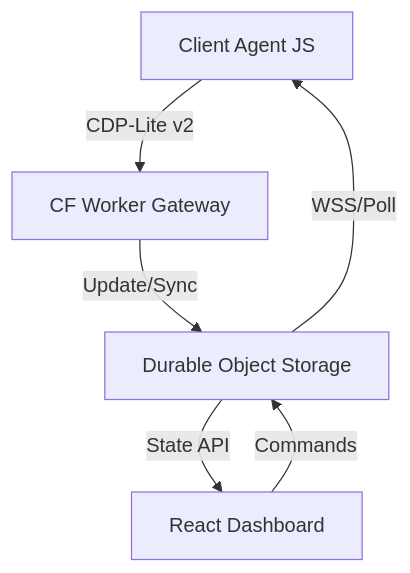
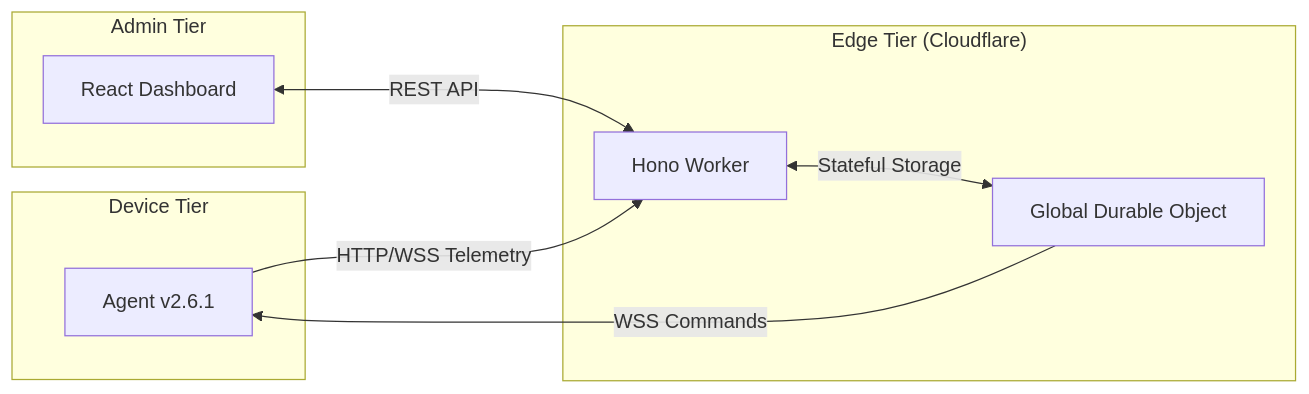
The diagram in ARCHITECTURE.md (benneberg/insidr-management), drawn with Mermaid before and after one commit. The commit also changed other lines of this file and 6 other files, not shown here.

````diff
--- a/ARCHITECTURE.md
+++ b/ARCHITECTURE.md
@@ -14,8 +4,17 @@
 ```mermaid
-graph TD
-    Agent[Client Agent JS] -->|CDP-Lite v2| Wkr[CF Worker Gateway]
-    Wkr -->|Update/Sync| DO[Durable Object Storage]
-    DO -->|State API| Dash[React Dashboard]
-    Dash -->|Commands| DO
-    DO -->|WSS/Poll| Agent
+graph LR
+    subgraph "Device Tier"
+        Agent[Agent v2.6.1]
+    end
+    subgraph "Edge Tier (Cloudflare)"
+        Wkr[Hono Worker]
+        DO[Global Durable Object]
+    end
+    subgraph "Admin Tier"
+        Dash[React Dashboard]
+    end
+    Agent -->|HTTP/WSS Telemetry| Wkr
+    Wkr <-->|Stateful Storage| DO
+    Dash <-->|REST API| Wkr
+    DO -->|WSS Commands| Agent
 ```
````
